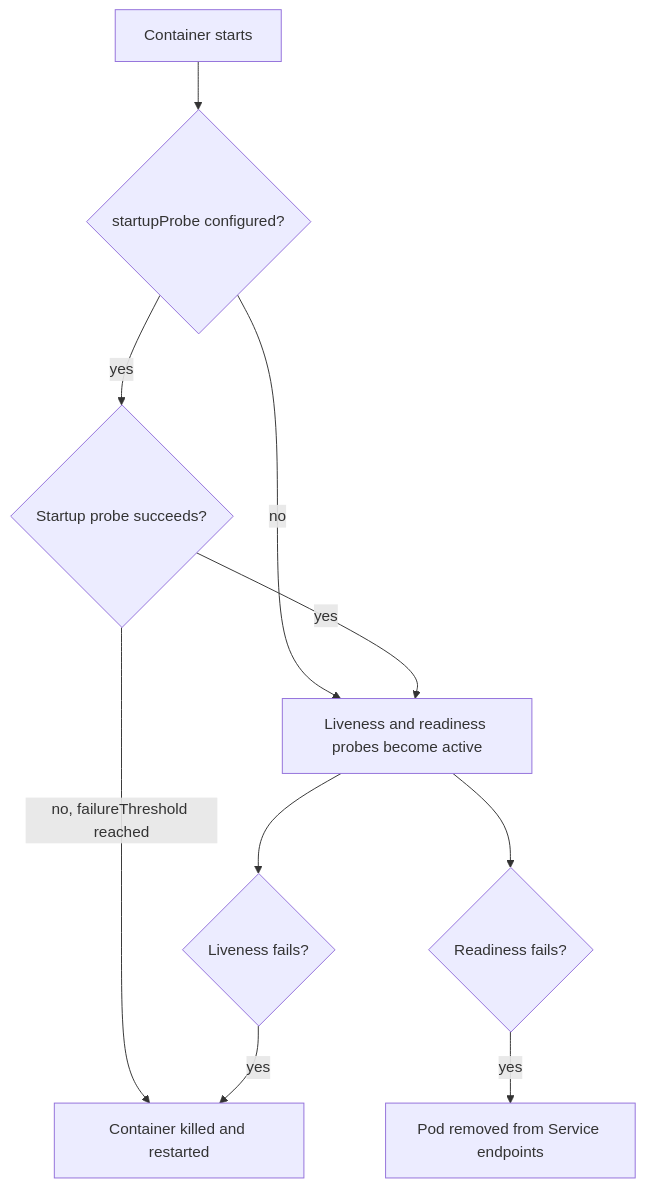
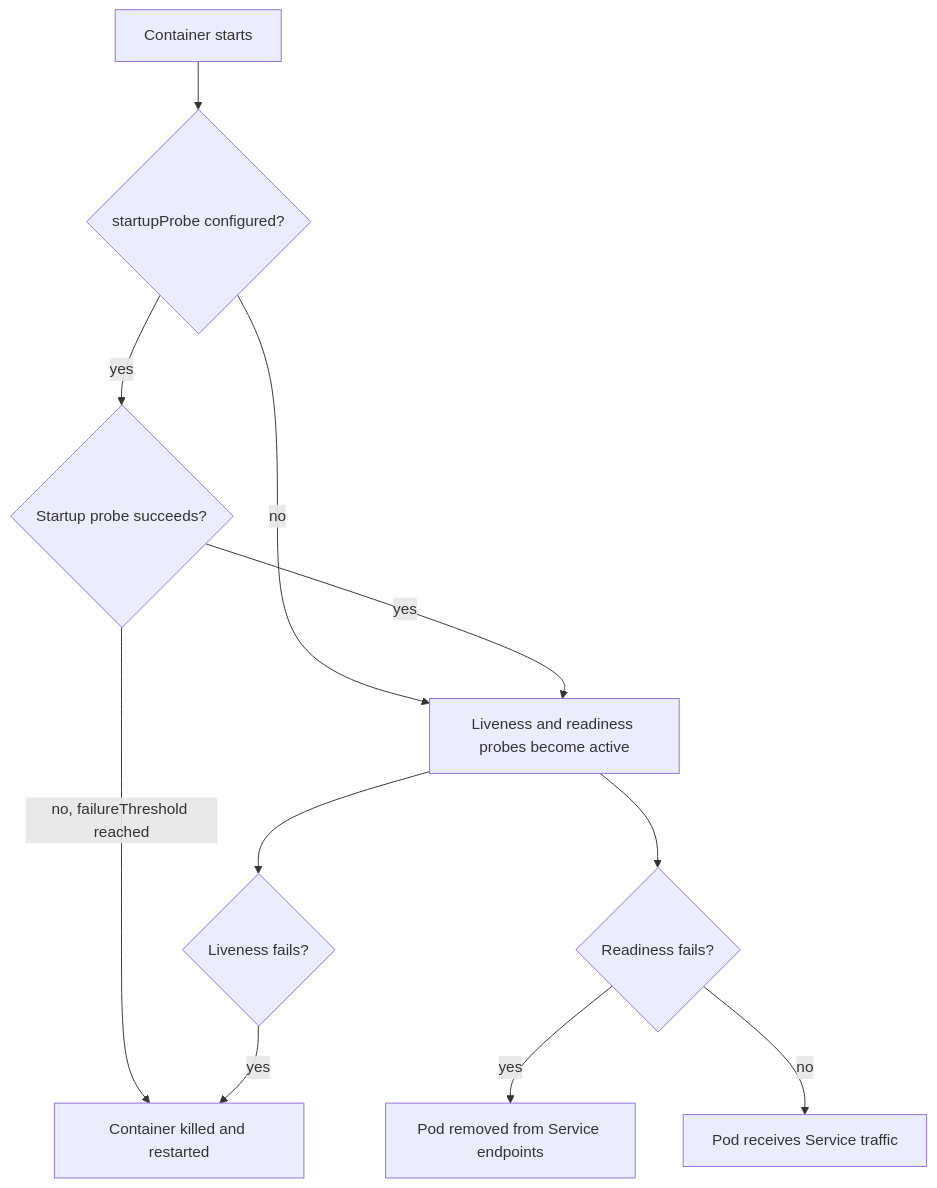
Diagram 25 of 33 in CKAD_notes.md (karthikreddy432/CKAD), drawn with Mermaid before and after one commit. The commit also changed other lines of this file, not shown here.

````diff
--- a/CKAD_notes.md
+++ b/CKAD_notes.md
@@ -3769,12 +4062,13 @@
 ```mermaid
 flowchart TD
     START[Container starts] --> SP{startupProbe configured?}
     SP -->|no| ACT
     SP -->|yes| OK{Startup probe succeeds?}
     OK -->|"no, failureThreshold reached"| RST[Container killed and restarted]
     OK -->|yes| ACT["Liveness and readiness probes become active"]
     ACT --> L{Liveness fails?}
     L -->|yes| RST
     ACT --> R{Readiness fails?}
     R -->|yes| REM[Pod removed from Service endpoints]
+    R -->|no| TRAF[Pod receives Service traffic]
 ```
````
